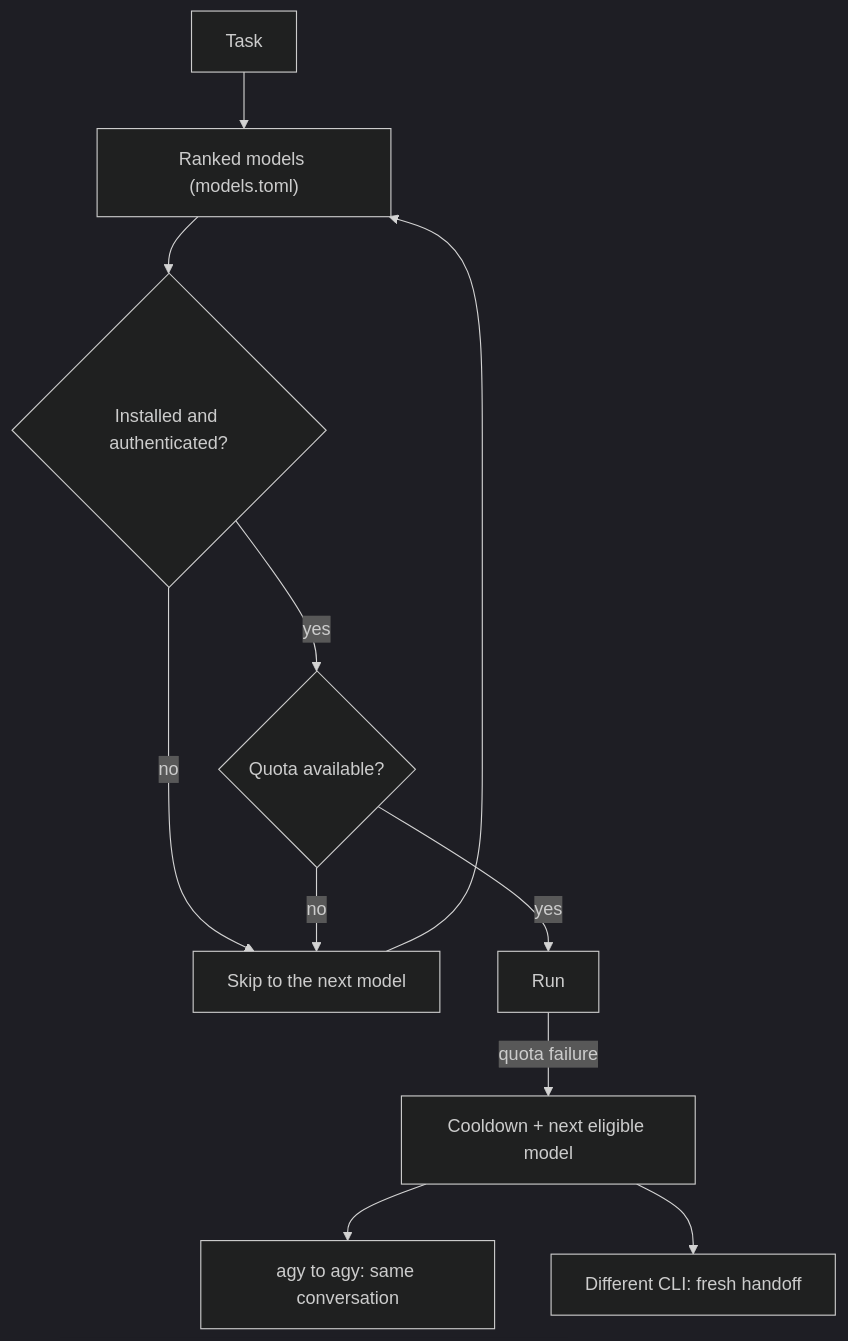
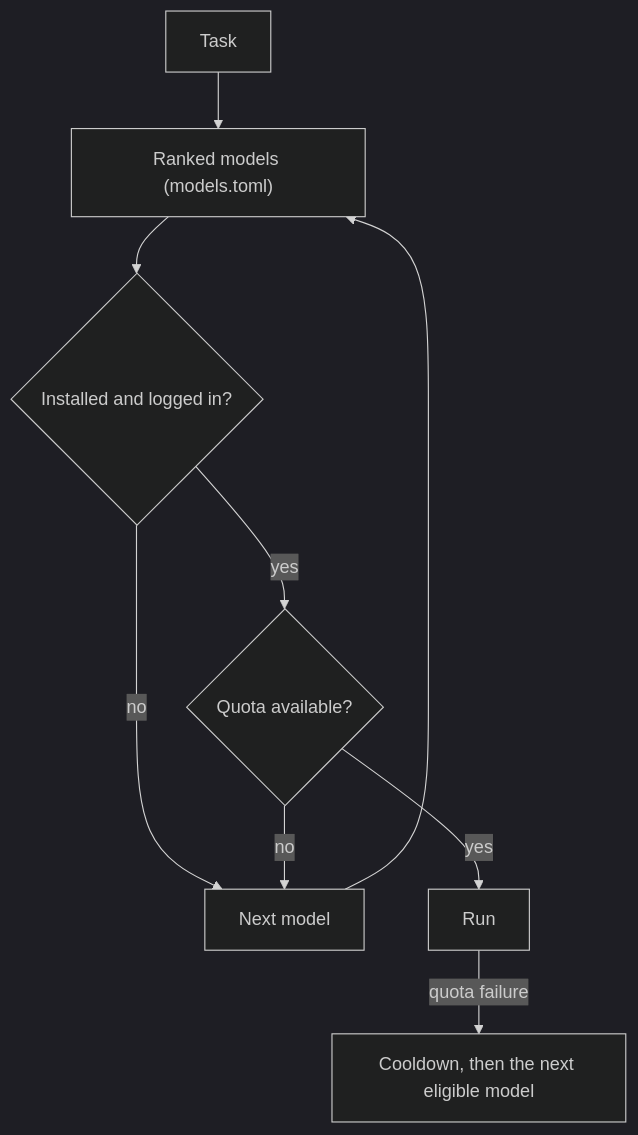
The diagram in README.md (zhast/godfather), drawn with Mermaid (dark theme) before and after one commit. The commit also changed other lines of this file and 2 other files, not shown here.

````diff
--- a/README.md
+++ b/README.md
@@ -56,13 +53,11 @@
 ```mermaid
 flowchart TD
     task["Task"] --> ranked["Ranked models (models.toml)"]
-    ranked --> auth{"Installed and authenticated?"}
-    auth -- no --> skip["Skip to the next model"]
+    ranked --> auth{"Installed and logged in?"}
+    auth -- no --> skip["Next model"]
     auth -- yes --> quota{"Quota available?"}
     quota -- no --> skip
     skip --> ranked
     quota -- yes --> run["Run"]
-    run -- quota failure --> next["Cooldown + next eligible model"]
-    next --> same["agy to agy: same conversation"]
-    next --> fresh["Different CLI: fresh handoff"]
+    run -- quota failure --> next["Cooldown, then the next eligible model"]
 ```
````
